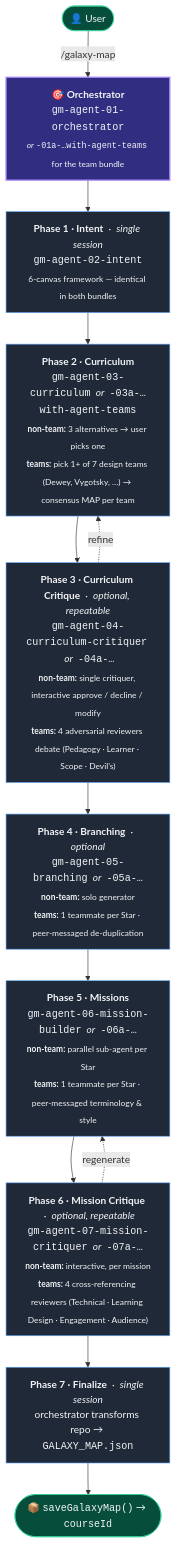
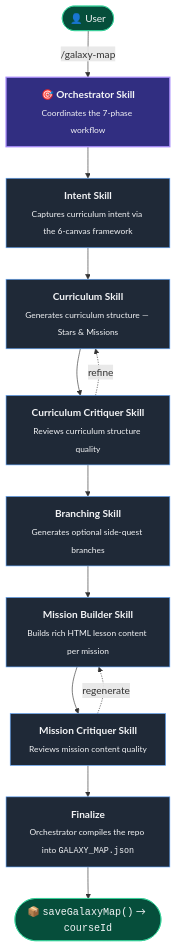
One commit to Galaxy-Maps/gm-agent-galaxy-map-creator-skill-install changed the first of 2 diagrams in README.md. Above: the diagram before and after it, drawn with Mermaid.

Commit message:
docs: simplify phase diagram nodes to role + brief description
Per request — drop the repo names, version variants, and bundle-specific
behavior from the first mermaid diagram. Each node now shows just the
role (Orchestrator Skill, Intent Skill, …) plus a one-line description.
The bundle-specific differences remain documented in the bundle table
above and in each skill's README.

````diff
--- a/README.md
+++ b/README.md
@@ -20,35 +20,27 @@
 ```mermaid
 flowchart TB
     user(["👤 User"]) -->|"/galaxy-map"| orch
 
-    orch["🎯 <b>Orchestrator</b><br/><code>gm-agent-01-orchestrator</code><br/><sub><i>or</i> <code>-01a-…with-agent-teams</code> for the team bundle</sub>"]
+    orch["🎯 <b>Orchestrator Skill</b><br/><sub>Coordinates the 7-phase workflow</sub>"]
 
-    orch --> p1
+    p1["<b>Intent Skill</b><br/><sub>Captures curriculum intent via the 6-canvas framework</sub>"]
+    p2["<b>Curriculum Skill</b><br/><sub>Generates curriculum structure — Stars &amp; Missions</sub>"]
+    p3["<b>Curriculum Critiquer Skill</b><br/><sub>Reviews curriculum structure quality</sub>"]
+    p4["<b>Branching Skill</b><br/><sub>Generates optional side-quest branches</sub>"]
+    p5["<b>Mission Builder Skill</b><br/><sub>Builds rich HTML lesson content per mission</sub>"]
+    p6["<b>Mission Critiquer Skill</b><br/><sub>Reviews mission content quality</sub>"]
+    p7["<b>Finalize</b><br/><sub>Orchestrator compiles the repo into <code>GALAXY_MAP.json</code></sub>"]
 
-    p1["<b>Phase 1 · Intent</b> &nbsp;·&nbsp; <i>single session</i><br/><code>gm-agent-02-intent</code><br/><sub>6-canvas framework — identical in both bundles</sub>"]
-
-    p2["<b>Phase 2 · Curriculum</b><br/><code>gm-agent-03-curriculum</code> &nbsp;<i>or</i>&nbsp; <code>-03a-…with-agent-teams</code><br/><sub><b>non-team:</b> 3 alternatives → user picks one</sub><br/><sub><b>teams:</b> pick 1+ of 7 design teams (Dewey, Vygotsky, …) → consensus MAP per team</sub>"]
-
-    p3["<b>Phase 3 · Curriculum Critique</b> &nbsp;·&nbsp; <i>optional, repeatable</i><br/><code>gm-agent-04-curriculum-critiquer</code> &nbsp;<i>or</i>&nbsp; <code>-04a-…</code><br/><sub><b>non-team:</b> single critiquer, interactive approve / decline / modify</sub><br/><sub><b>teams:</b> 4 adversarial reviewers debate (Pedagogy · Learner · Scope · Devil's)</sub>"]
-
-    p4["<b>Phase 4 · Branching</b> &nbsp;·&nbsp; <i>optional</i><br/><code>gm-agent-05-branching</code> &nbsp;<i>or</i>&nbsp; <code>-05a-…</code><br/><sub><b>non-team:</b> solo generator</sub><br/><sub><b>teams:</b> 1 teammate per Star · peer-messaged de-duplication</sub>"]
-
-    p5["<b>Phase 5 · Missions</b><br/><code>gm-agent-06-mission-builder</code> &nbsp;<i>or</i>&nbsp; <code>-06a-…</code><br/><sub><b>non-team:</b> parallel sub-agent per Star</sub><br/><sub><b>teams:</b> 1 teammate per Star · peer-messaged terminology &amp; style</sub>"]
-
-    p6["<b>Phase 6 · Mission Critique</b> &nbsp;·&nbsp; <i>optional, repeatable</i><br/><code>gm-agent-07-mission-critiquer</code> &nbsp;<i>or</i>&nbsp; <code>-07a-…</code><br/><sub><b>non-team:</b> interactive, per mission</sub><br/><sub><b>teams:</b> 4 cross-referencing reviewers (Technical · Learning Design · Engagement · Audience)</sub>"]
-
-    p7["<b>Phase 7 · Finalize</b> &nbsp;·&nbsp; <i>single session</i><br/>orchestrator transforms repo → <code>GALAXY_MAP.json</code>"]
-
-    p1 --> p2 --> p3 --> p4 --> p5 --> p6 --> p7
+    orch --> p1 --> p2 --> p3 --> p4 --> p5 --> p6 --> p7
     p3 -. "refine" .-> p2
     p6 -. "regenerate" .-> p5
 
     p7 --> save(["📦 <code>saveGalaxyMap()</code> → <code>courseId</code>"])
 
     classDef phase fill:#1f2937,stroke:#60a5fa,stroke-width:1px,color:#f3f4f6;
     classDef lead  fill:#312e81,stroke:#a78bfa,stroke-width:2px,color:#f3f4f6;
     classDef io    fill:#064e3b,stroke:#34d399,stroke-width:1px,color:#f3f4f6;
     class p1,p2,p3,p4,p5,p6,p7 phase;
     class orch lead;
     class user,save io;
 ```
````
